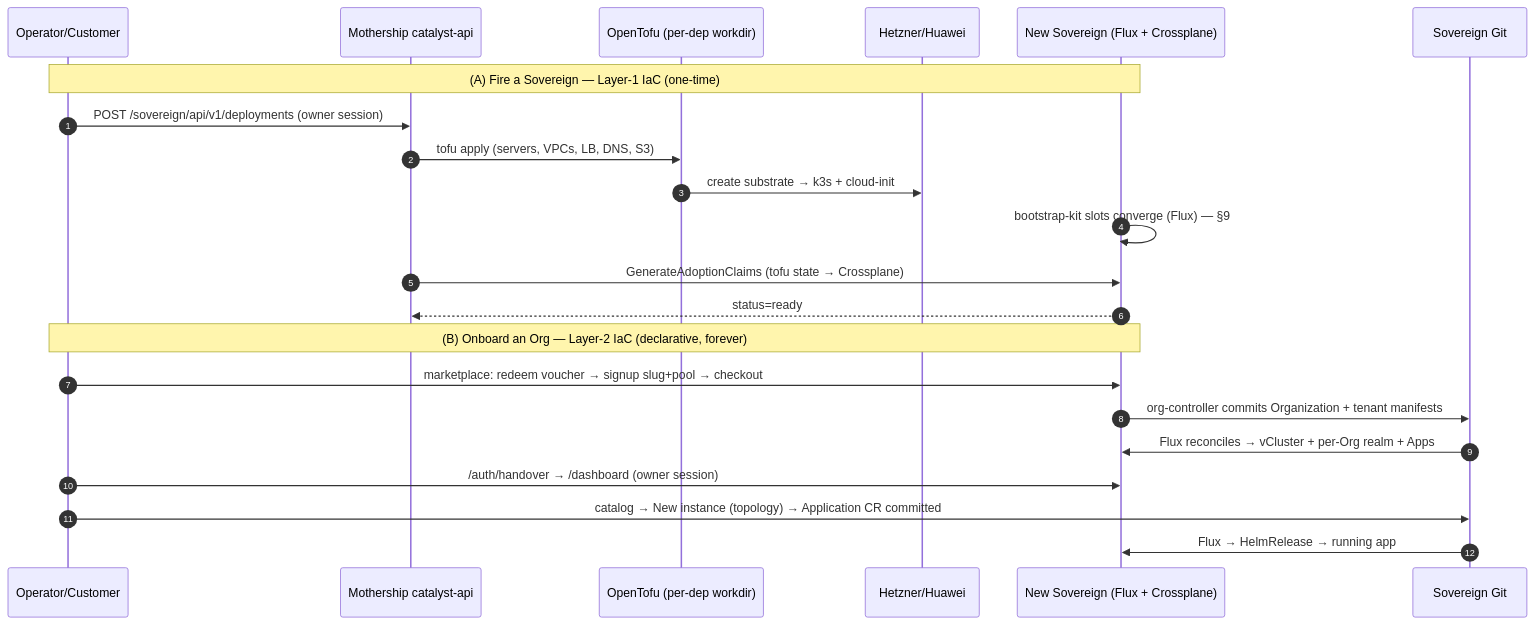
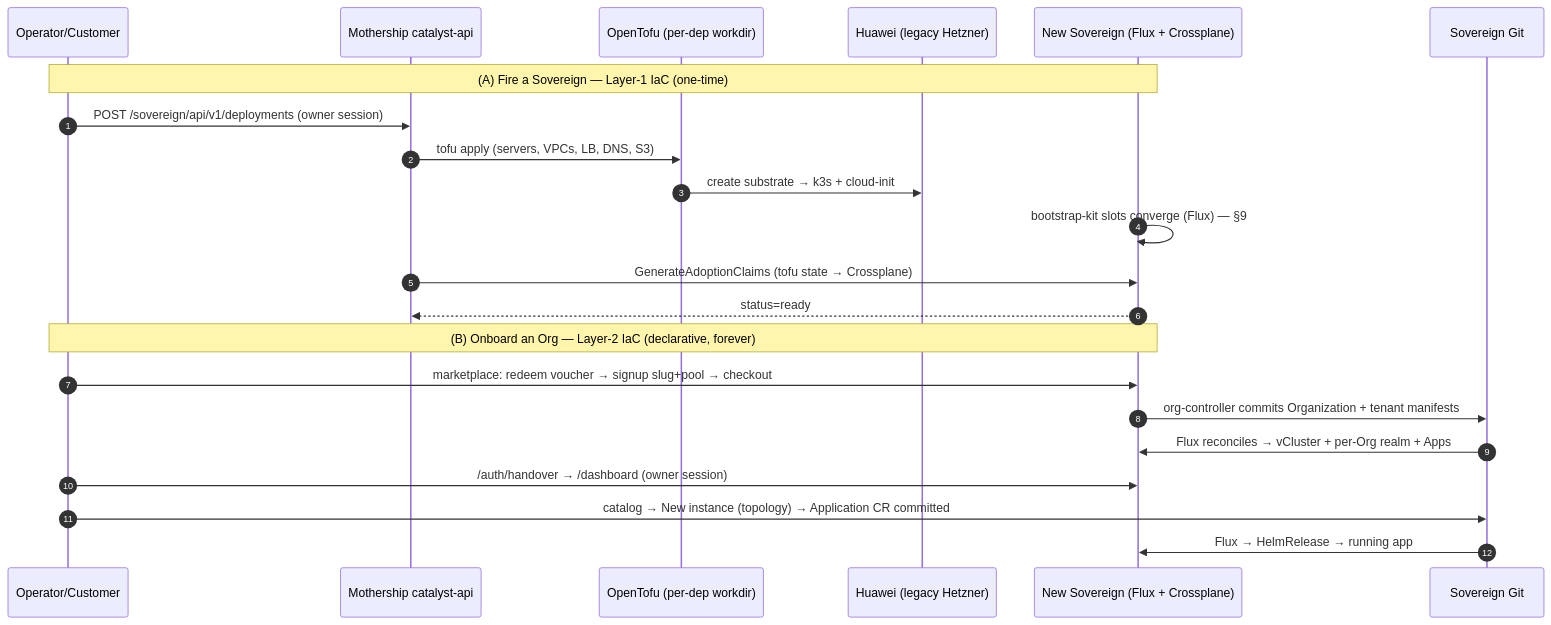
Before and after one commit to openova-io/openova: the ninth of 16 diagrams in docs/SYSTEM-DESIGN.md, drawn with Mermaid. The commit also changed other lines of this file and 101 other files, not shown here.

````diff
--- a/docs/SYSTEM-DESIGN.md
+++ b/docs/SYSTEM-DESIGN.md
@@ -295,26 +295,26 @@
 ```mermaid
 sequenceDiagram
   autonumber
   participant Op as Operator/Customer
   participant MS as Mothership catalyst-api
   participant TF as OpenTofu (per-dep workdir)
-  participant Cloud as Hetzner/Huawei
+  participant Cloud as Huawei (legacy Hetzner)
   participant Sov as New Sovereign (Flux + Crossplane)
   participant Git as Sovereign Git
 
   Note over Op,Sov: (A) Fire a Sovereign — Layer-1 IaC (one-time)
   Op->>MS: POST /sovereign/api/v1/deployments (owner session)
   MS->>TF: tofu apply (servers, VPCs, LB, DNS, S3)
   TF->>Cloud: create substrate → k3s + cloud-init
   Sov->>Sov: bootstrap-kit slots converge (Flux) — §9
   MS->>Sov: GenerateAdoptionClaims (tofu state → Crossplane)
   Sov-->>MS: status=ready
 
   Note over Op,Sov: (B) Onboard an Org — Layer-2 IaC (declarative, forever)
   Op->>Sov: marketplace: redeem voucher → signup slug+pool → checkout
   Sov->>Git: org-controller commits Organization + tenant manifests
   Git->>Sov: Flux reconciles → vCluster + per-Org realm + Apps
   Op->>Sov: /auth/handover → /dashboard (owner session)
   Op->>Git: catalog → New instance (topology) → Application CR committed
   Git->>Sov: Flux → HelmRelease → running app
 ```
````
